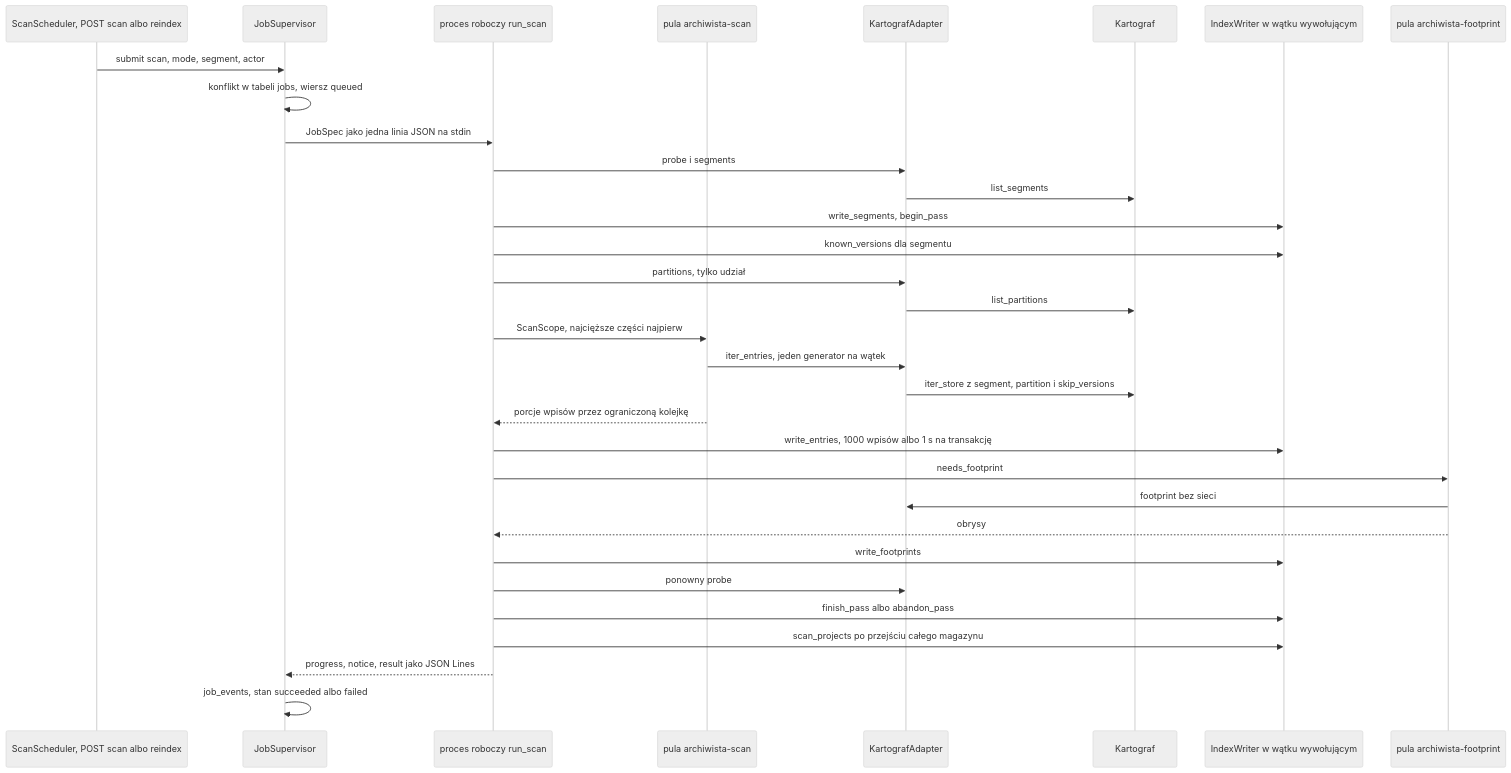
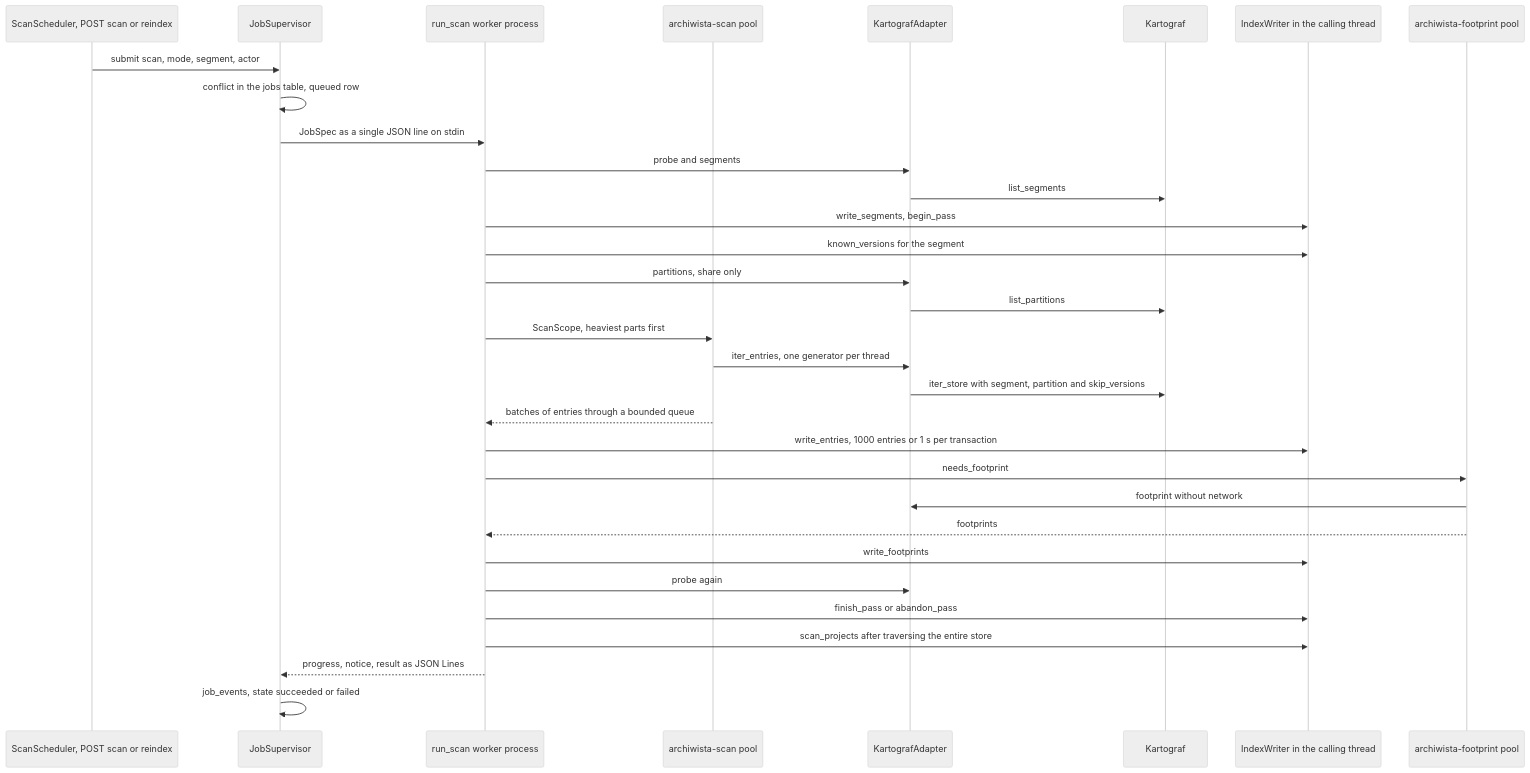
One commit to Daldek/Archiwista changed the second of 2 diagrams in docs/ARCHITECTURE.md. Above: the diagram before and after it, drawn with Mermaid (neutral theme). The commit also changed other lines of this file, not shown here.

First line of the commit message:
docs: translate ARCHITECTURE.md to English

````diff
--- a/docs/ARCHITECTURE.md
+++ b/docs/ARCHITECTURE.md
@@ -463,34 +465,34 @@
 ```mermaid
 sequenceDiagram
-  participant T as ScanScheduler, POST scan albo reindex
+  participant T as ScanScheduler, POST scan or reindex
   participant J as JobSupervisor
-  participant W as proces roboczy run_scan
-  participant R as pula archiwista-scan
+  participant W as run_scan worker process
+  participant R as archiwista-scan pool
   participant A as KartografAdapter
   participant K as Kartograf
-  participant X as IndexWriter w wątku wywołującym
-  participant F as pula archiwista-footprint
+  participant X as IndexWriter in the calling thread
+  participant F as archiwista-footprint pool
   T->>J: submit scan, mode, segment, actor
-  J->>J: konflikt w tabeli jobs, wiersz queued
-  J->>W: JobSpec jako jedna linia JSON na stdin
-  W->>A: probe i segments
+  J->>J: conflict in the jobs table, queued row
+  J->>W: JobSpec as a single JSON line on stdin
+  W->>A: probe and segments
   A->>K: list_segments
   W->>X: write_segments, begin_pass
-  W->>X: known_versions dla segmentu
-  W->>A: partitions, tylko udział
+  W->>X: known_versions for the segment
+  W->>A: partitions, share only
   A->>K: list_partitions
-  W->>R: ScanScope, najcięższe części najpierw
-  R->>A: iter_entries, jeden generator na wątek
-  A->>K: iter_store z segment, partition i skip_versions
-  R-->>W: porcje wpisów przez ograniczoną kolejkę
-  W->>X: write_entries, 1000 wpisów albo 1 s na transakcję
+  W->>R: ScanScope, heaviest parts first
+  R->>A: iter_entries, one generator per thread
+  A->>K: iter_store with segment, partition and skip_versions
+  R-->>W: batches of entries through a bounded queue
+  W->>X: write_entries, 1000 entries or 1 s per transaction
   W->>F: needs_footprint
-  F->>A: footprint bez sieci
-  F-->>W: obrysy
+  F->>A: footprint without network
+  F-->>W: footprints
   W->>X: write_footprints
-  W->>A: ponowny probe
-  W->>X: finish_pass albo abandon_pass
-  W->>X: scan_projects po przejściu całego magazynu
-  W-->>J: progress, notice, result jako JSON Lines
-  J->>J: job_events, stan succeeded albo failed
+  W->>A: probe again
+  W->>X: finish_pass or abandon_pass
+  W->>X: scan_projects after traversing the entire store
+  W-->>J: progress, notice, result as JSON Lines
+  J->>J: job_events, state succeeded or failed
 ```
````
